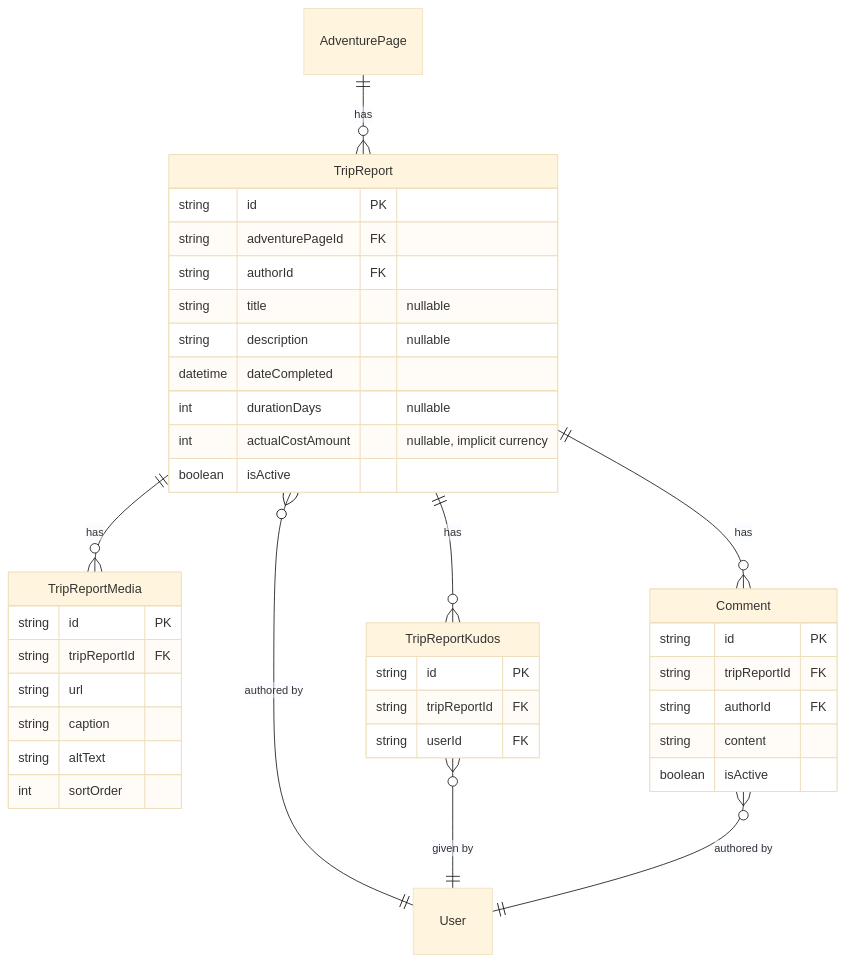
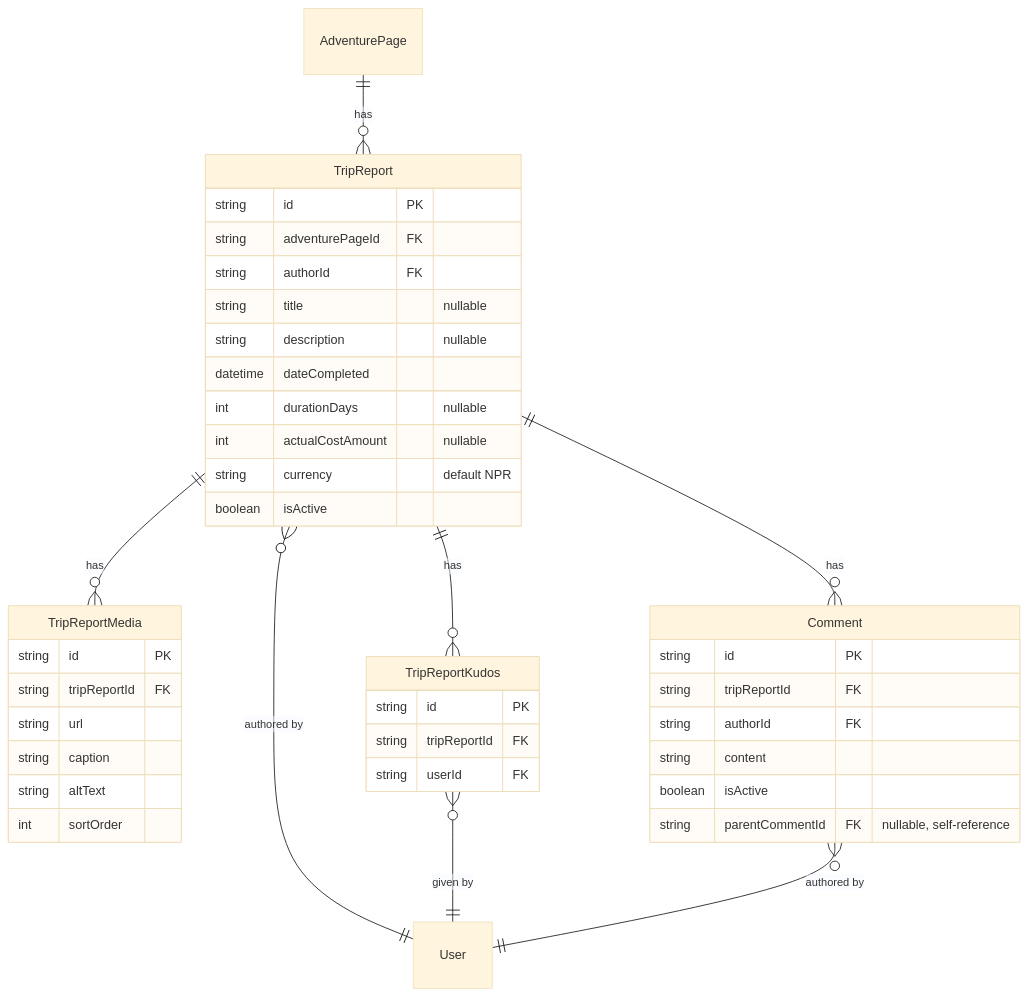
Before and after one commit to AveeAd/adventure: the diagram in TRIP_REPORTS.md, drawn with Mermaid (base theme). The commit also changed other lines of this file and 30 other files, not shown here.

````diff
--- a/TRIP_REPORTS.md
+++ b/TRIP_REPORTS.md
@@ -78,42 +84,44 @@
 ```mermaid
 erDiagram
     AdventurePage ||--o{ TripReport : has
     TripReport }o--|| User : "authored by"
     TripReport ||--o{ TripReportMedia : has
     TripReport ||--o{ TripReportKudos : has
     TripReport ||--o{ Comment : has
     TripReportKudos }o--|| User : "given by"
     Comment }o--|| User : "authored by"
 
     TripReport {
         string id PK
         string adventurePageId FK
         string authorId FK
         string title "nullable"
         string description "nullable"
         datetime dateCompleted
         int durationDays "nullable"
-        int actualCostAmount "nullable, implicit currency"
+        int actualCostAmount "nullable"
+        string currency "default NPR"
         boolean isActive
     }
     TripReportMedia {
         string id PK
         string tripReportId FK
         string url
         string caption
         string altText
         int sortOrder
     }
     TripReportKudos {
         string id PK
         string tripReportId FK
         string userId FK
     }
     Comment {
         string id PK
         string tripReportId FK
         string authorId FK
         string content
         boolean isActive
+        string parentCommentId FK "nullable, self-reference"
     }
 ```
````
